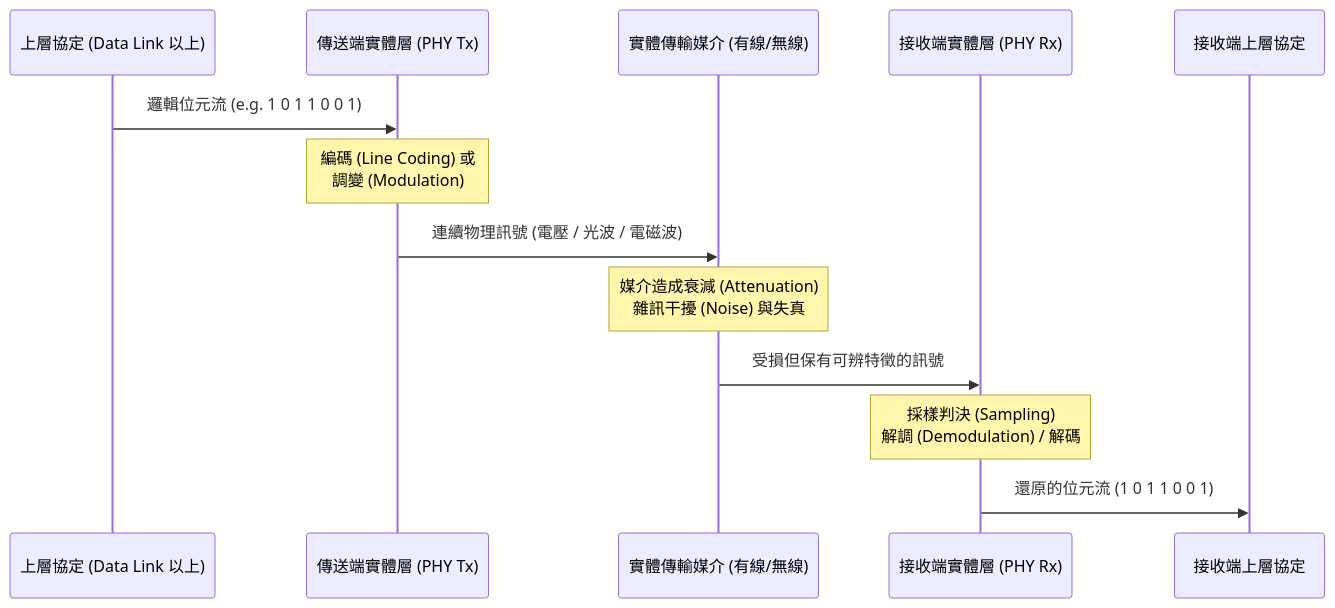
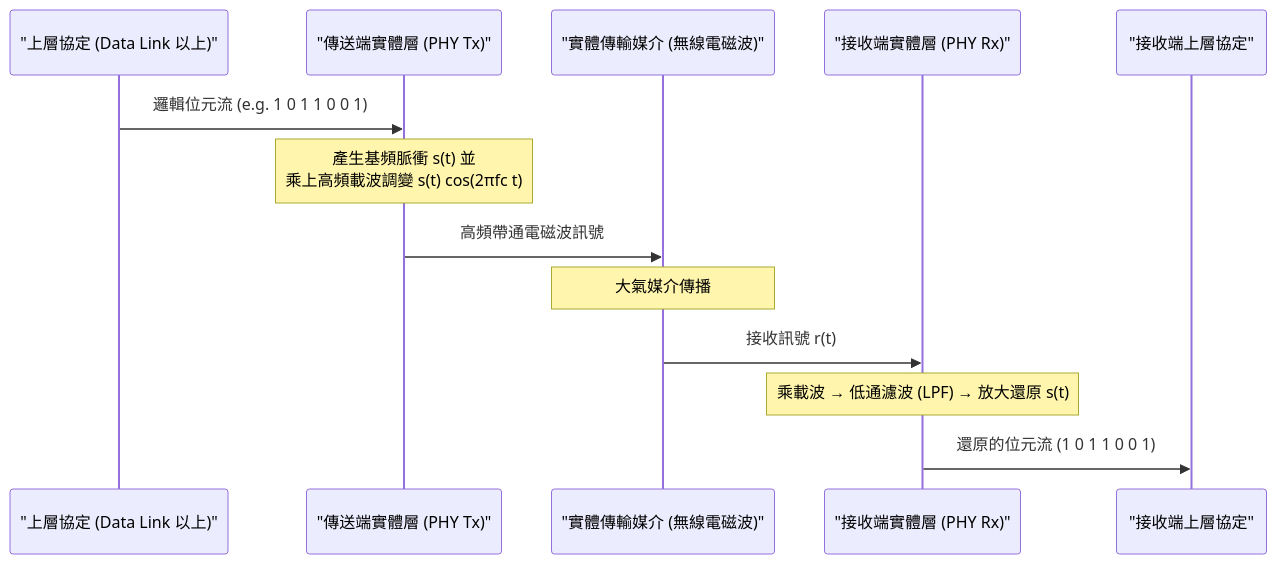
Before and after one commit to ralin3233/network-note: the second of 2 diagrams in docs/physical-layer/index.md, drawn with Mermaid. The commit also changed other lines of this file and 9 other files, not shown here.

````diff
--- a/docs/physical-layer/index.md
+++ b/docs/physical-layer/index.md
@@ -48,16 +44,16 @@
 ```mermaid
 sequenceDiagram
-    participant App as 上層協定 (Data Link 以上)
-    participant PHY_Tx as 傳送端實體層 (PHY Tx)
-    participant Media as 實體傳輸媒介 (有線/無線)
-    participant PHY_Rx as 接收端實體層 (PHY Rx)
-    participant App_Rx as 接收端上層協定
+    participant App as "上層協定 (Data Link 以上)"
+    participant PHY_Tx as "傳送端實體層 (PHY Tx)"
+    participant Media as "實體傳輸媒介 (無線電磁波)"
+    participant PHY_Rx as "接收端實體層 (PHY Rx)"
+    participant App_Rx as "接收端上層協定"
 
     App->>PHY_Tx: 邏輯位元流 (e.g. 1 0 1 1 0 0 1)
-    Note over PHY_Tx: 編碼 (Line Coding) 或<br/>調變 (Modulation)
-    PHY_Tx->>Media: 連續物理訊號 (電壓 / 光波 / 電磁波)
-    Note over Media: 媒介造成衰減 (Attenuation)<br/>雜訊干擾 (Noise) 與失真
-    Media->>PHY_Rx: 受損但保有可辨特徵的訊號
-    Note over PHY_Rx: 採樣判決 (Sampling)<br/>解調 (Demodulation) / 解碼
+    Note over PHY_Tx: 產生基頻脈衝 s(t) 並<br/>乘上高頻載波調變 s(t) cos(2πfc t)
+    PHY_Tx->>Media: 高頻帶通電磁波訊號
+    Note over Media: 大氣媒介傳播
+    Media->>PHY_Rx: 接收訊號 r(t)
+    Note over PHY_Rx: 乘載波 → 低通濾波 (LPF) → 放大還原 s(t)
     PHY_Rx->>App_Rx: 還原的位元流 (1 0 1 1 0 0 1)
 ```
````
